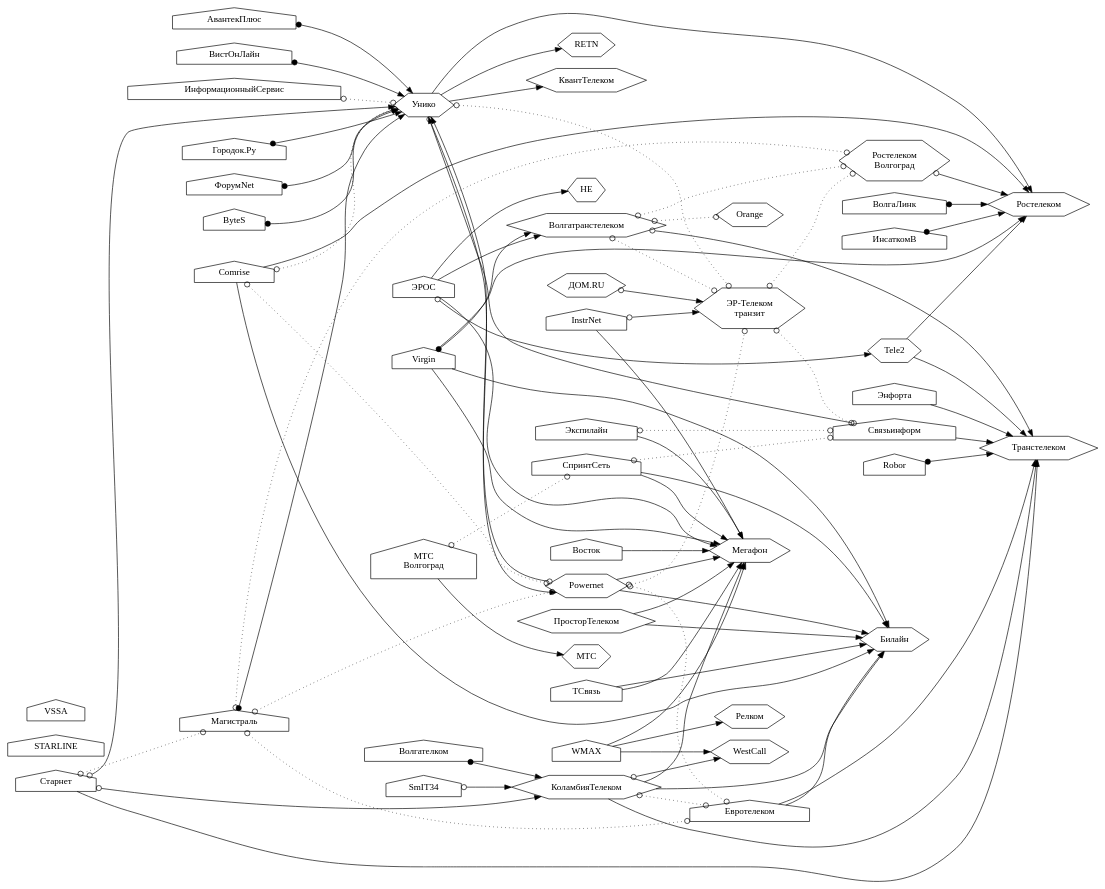
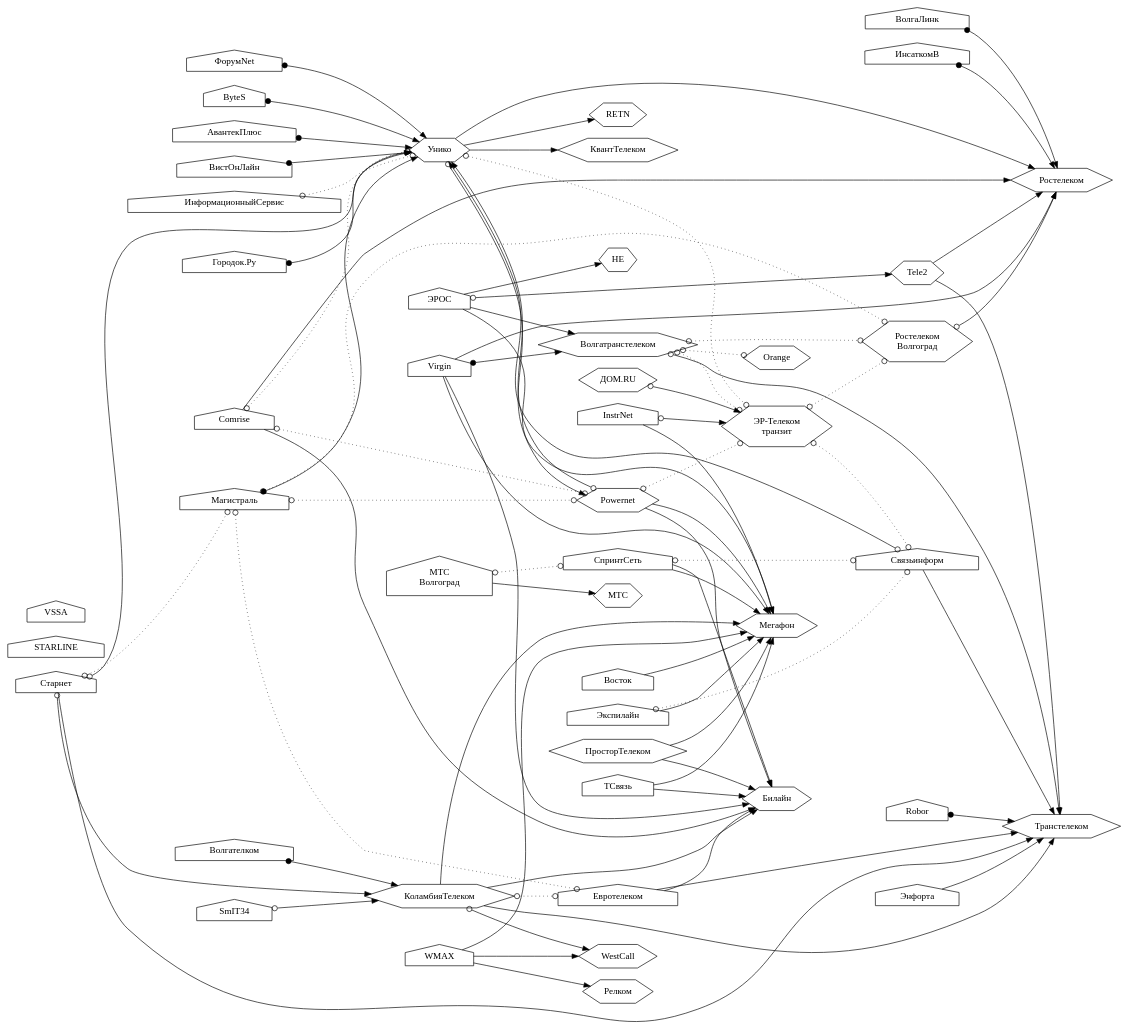
One commit to Urlandi/elsv-v.ru changed the diagram in static/links/links.dot. Above: the diagram before and after it, drawn with Graphviz. The commit also changed 1 other file, not shown here.

Commit message:
Евротелеком

```diff
--- a/static/links/links.dot
+++ b/static/links/links.dot
@@ -1,188 +1,187 @@
 digraph ispgraph {
 
 rankdir = LR;
 node [shape=house;];
 
 Унико, ДомРу, ЭрТелеком, Транстелеком, Волгатранстелеком, Релком [shape=hexagon;];
 Мегафон, Вымпелком, КоламбияТелеком, Ростелеком, HE, КвантТелеком [shape=hexagon;];
 Tele2, МТС, ЮТК, Orange, ПросторТелеком, WestCall, Powernet, RETN [shape=hexagon;];
 
 ДомРу [label="ДОМ.RU"];
 ЭрТелеком [label="ЭР-Телеком\nтранзит"];
 МКС [label="МТС\nВолгоград"];
 ЮТК [label="Ростелеком\nВолгоград"];
 Вымпелком [label="Билайн"];
 ГородокТочкаРу [label="Городок.Ру"];
 
 subgraph backbone {/*Собственная опорная сеть*/
 Транстелеком;
 Мегафон;
 Вымпелком;
 Ростелеком;
 HE;
 МТС;
 Orange;
 ЭрТелеком;
 WestCall;
 };
 
 subgraph Ростелеком {/*Провайдеры члены Ростелеком*/
 Ростелеком;
 ЮТК;
 };
 
 subgraph ЭрТелекомХолдинг {/*ЭР-Телеком*/
 ДомРу;
 ЭрТелеком;
 };
 
 subgraph WestCall {/*Провайдеры члены WestCall*/
 WestCall;
 КоламбияТелеком;
 };
 
 {/*Отсутствует информация о подключении*/
 STARLINE;
 VSSA;
 };
 
 
 {/*Магистральные связи*/
 
 Связьинформ -> Транстелеком;
 
 Tele2 -> Ростелеком;
 Tele2 -> Транстелеком;
 
 СпринтСеть -> Вымпелком;
 СпринтСеть -> Мегафон;
 
 Старнет -> Транстелеком;
 
 Экспилайн -> Мегафон;
 
 ЭРОС -> Волгатранстелеком;
 ЭРОС -> HE;
 ЭРОС -> Мегафон;
 
 Comrise -> Ростелеком;
 Comrise -> Вымпелком;
 
 МКС -> МТС;
 
 Powernet -> Мегафон;
 Powernet -> Вымпелком;
 
 Евротелеком -> Транстелеком;
 Евротелеком -> Вымпелком;
 
 КоламбияТелеком -> Транстелеком;
 КоламбияТелеком -> Вымпелком;
 КоламбияТелеком -> Мегафон;
 
 Virgin -> Вымпелком;
 Virgin -> Мегафон;
 Virgin -> Ростелеком;
 
 Унико -> Ростелеком;
 Унико -> RETN;
 Унико -> КвантТелеком;
 
 Энфорта -> Транстелеком;
 
 ПросторТелеком -> Вымпелком;
 ПросторТелеком -> Мегафон;
 
 WMAX -> Мегафон;
 WMAX -> WestCall;
 WMAX -> Релком;
 
 InstrNet -> Мегафон;
 
 ТСвязь -> Мегафон;
 ТСвязь -> Вымпелком;
 
 Восток -> Мегафон;
 
 {/*Пиринг с магистральным оператором*/
 edge [dir=both; arrowtail=odot;];
 
 Связьинформ -> Унико;
 
 Старнет -> КоламбияТелеком;
 Старнет -> Унико;
 
 ЭРОС -> Tele2;
 
 Powernet -> Унико;
 Унико -> Powernet;
 
 ЮТК -> Ростелеком;
 
 Волгатранстелеком -> Транстелеком;
 
 ДомРу -> ЭрТелеком;
 
 InstrNet -> ЭрТелеком;
 
 КоламбияТелеком -> WestCall;
 
 SmIT34 -> КоламбияТелеком;
 
 };
 
 {/*Маршрутизация на оборудовании магистрального оператора*/
 edge [dir=both; arrowtail=dot;];
 
 ВолгаЛинк -> Ростелеком;
 Волгателком -> КоламбияТелеком;
 ИнсаткомВ -> Ростелеком;
 Магистраль -> Унико;
 ГородокТочкаРу -> Унико;
 ФорумNet -> Унико;
 ByteS -> Унико;
 АвантекПлюс -> Унико;
 Robor -> Транстелеком;
 Virgin -> Волгатранстелеком;
 ВистОнЛайн -> Унико;
 };
 
 };
 
 {/*Пиринг*/
 
 edge [dir=both; arrowhead=odot; arrowtail=odot; style=dotted;];
 
 СпринтСеть -> Связьинформ;
 МКС -> СпринтСеть;
 
 Старнет -> Магистраль;
 
 Экспилайн -> Связьинформ;
 
 Comrise -> Унико;
 Comrise -> Powernet;
 
 Powernet -> ЭрТелеком;
-Powernet -> Евротелеком;
 
 КоламбияТелеком -> Евротелеком;
 
 Магистраль -> Powernet;
 Магистраль -> ЮТК;
 Магистраль -> Евротелеком;
 
 Унико -> ЭрТелеком;
 
 ИнформационныйСервис -> Унико;
 
 Волгатранстелеком -> ЮТК;
 Волгатранстелеком -> ЭрТелеком;
 Волгатранстелеком -> Orange;
 
 ЭрТелеком -> ЮТК;
 ЭрТелеком -> Связьинформ;
 
 };
 
 }
```
